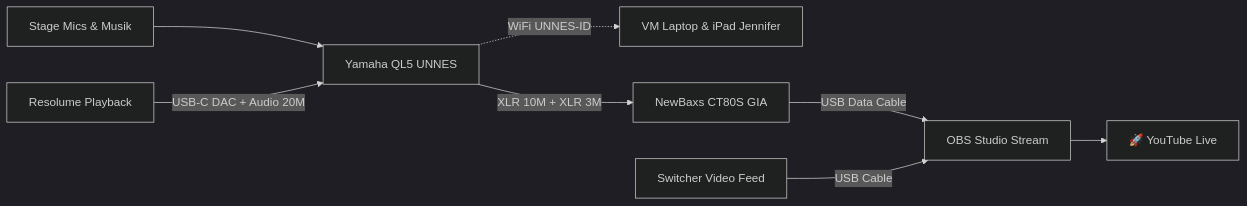
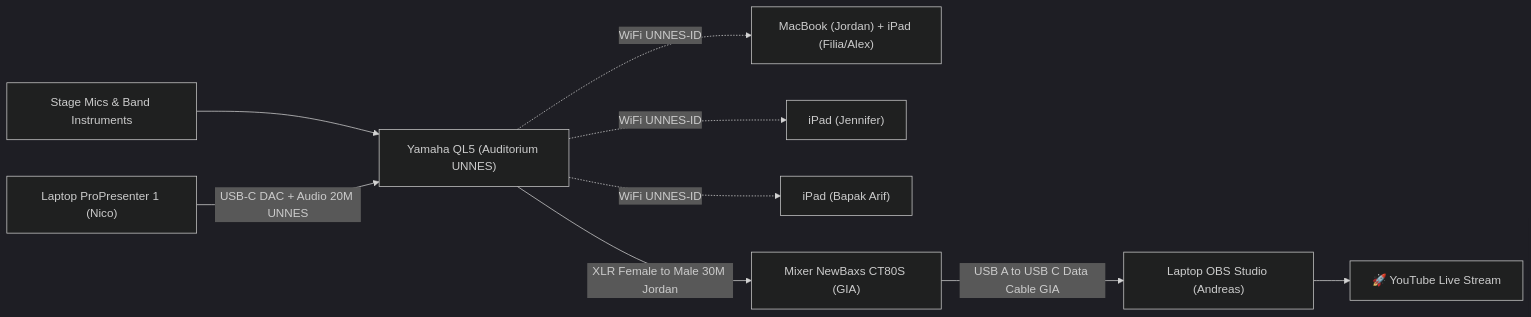
Before and after one commit to zzdree/ip26-production: the sixth of 8 diagrams in README.md, drawn with Mermaid (dark theme). The commit also changed other lines of this file and 9 other files, not shown here.

First line of the commit message:
feat: synchronize master architecture, camera routing, and 18-lender inventory (158 items)

````diff
--- a/README.md
+++ b/README.md
@@ -266,13 +257,14 @@
 ```mermaid
 flowchart LR
-    STAGE_SRC["Stage Mics & Musik"] --> QL5_MAIN["Yamaha QL5 UNNES"]
-    RES_AUDIO["Resolume Playback"] -->|USB-C DAC + Audio 20M| QL5_MAIN
+    STAGE_SRC["Stage Mics & Band Instruments"] --> QL5_MAIN["Yamaha QL5 (Auditorium UNNES)"]
+    P1_AUDIO["Laptop ProPresenter 1 (Nico)"] -->|USB-C DAC + Audio 20M UNNES| QL5_MAIN
     
-    QL5_MAIN -.->|WiFi UNNES-ID| VM_REMOTE["VM Laptop & iPad Jennifer"]
-    QL5_MAIN -->|XLR 10M + XLR 3M| CT80S_IN["NewBaxs CT80S GIA"]
+    QL5_MAIN -.->|WiFi UNNES-ID| VM1["MacBook (Jordan) + iPad (Filia/Alex)"]
+    QL5_MAIN -.->|WiFi UNNES-ID| VM2["iPad (Jennifer)"]
+    QL5_MAIN -.->|WiFi UNNES-ID| VM3["iPad (Bapak Arif)"]
     
-    CT80S_IN -->|USB Data Cable| OBS_IN["OBS Studio Stream"]
-    SW_CAM["Switcher Video Feed"] -->|USB Cable| OBS_IN
+    QL5_MAIN -->|XLR Female to Male 30M Jordan| CT80S_IN["Mixer NewBaxs CT80S (GIA)"]
+    CT80S_IN -->|USB A to USB C Data Cable GIA| OBS_IN["Laptop OBS Studio (Andreas)"]
     
-    OBS_IN --> STREAM_OUT["🚀 YouTube Live"]
+    OBS_IN --> STREAM_OUT["🚀 YouTube Live Stream"]
 ```
````
